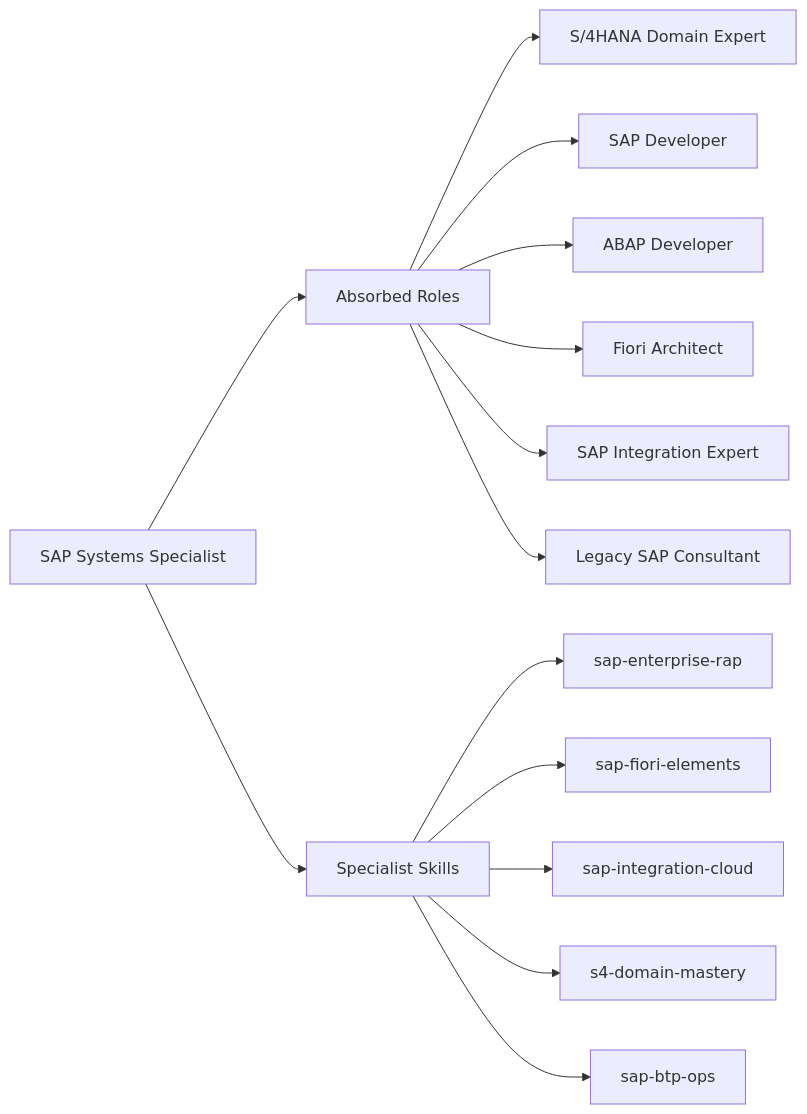
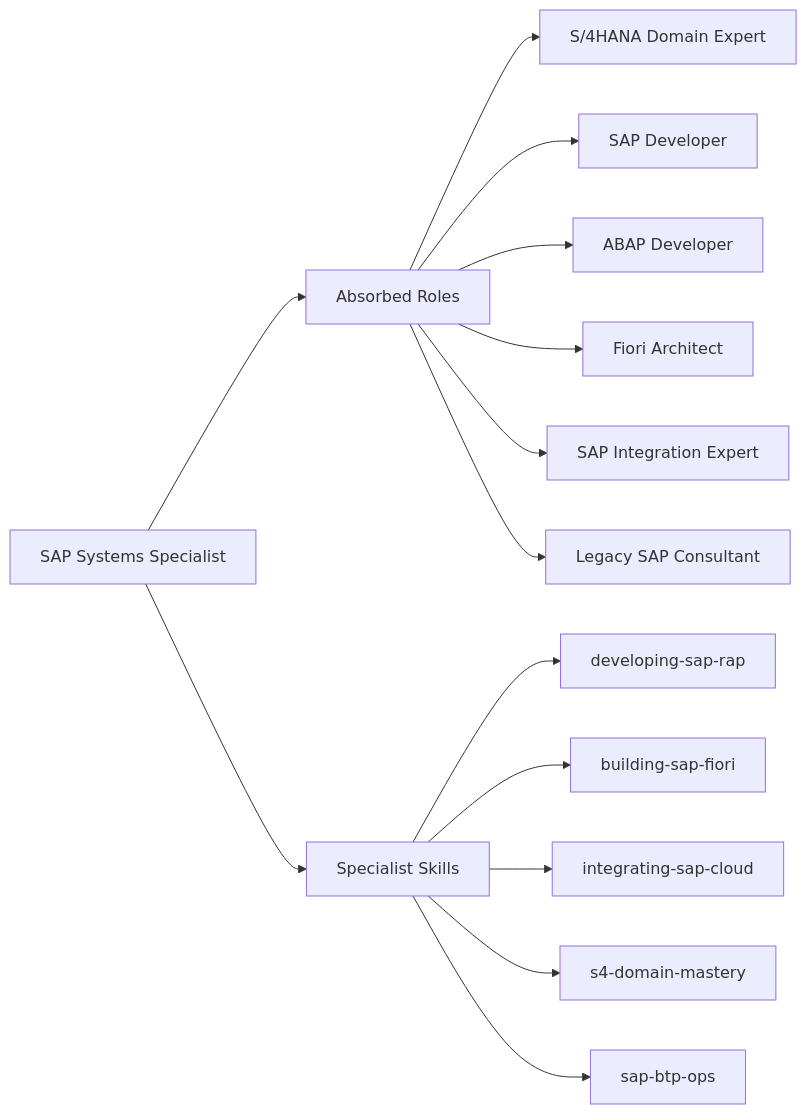
The diagram in .agent/agents/parallel/sap-systems-specialist.md (gitwalter/antigravity-agent-factory), drawn with Mermaid before and after one commit. The commit also changed other lines of this file and 950 other files, not shown here.

First line of the commit message:
refactor(skills): mass schema injection and participle renaming (AGENT-35)

````diff
--- a/.agent/agents/parallel/sap-systems-specialist.md
+++ b/.agent/agents/parallel/sap-systems-specialist.md
@@ -10,18 +25,18 @@
 ```mermaid
 graph LR
     Agent["SAP Systems Specialist"]
     Agent --> Roles["Absorbed Roles"]
     Roles --> R1["S/4HANA Domain Expert"]
     Roles --> R2["SAP Developer"]
     Roles --> R3["ABAP Developer"]
     Roles --> R4["Fiori Architect"]
     Roles --> R5["SAP Integration Expert"]
     Roles --> R6["Legacy SAP Consultant"]
 
     Agent --> Skills["Specialist Skills"]
-    Skills --> S1["sap-enterprise-rap"]
-    Skills --> S2["sap-fiori-elements"]
-    Skills --> S3["sap-integration-cloud"]
+    Skills --> S1["developing-sap-rap"]
+    Skills --> S2["building-sap-fiori"]
+    Skills --> S3["integrating-sap-cloud"]
     Skills --> S4["s4-domain-mastery"]
     Skills --> S5["sap-btp-ops"]
 ```
````
